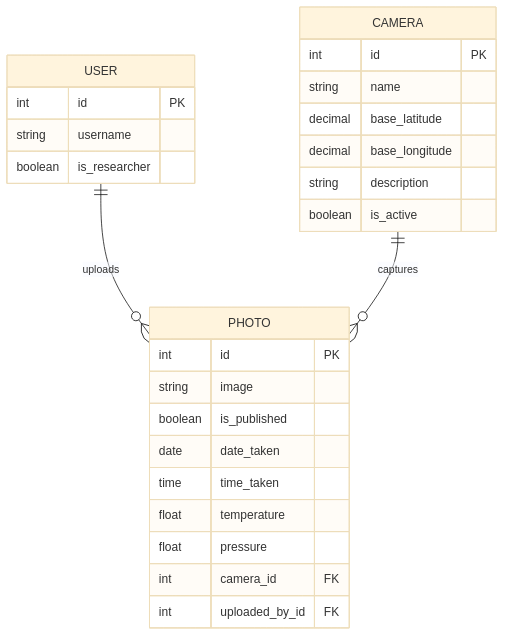
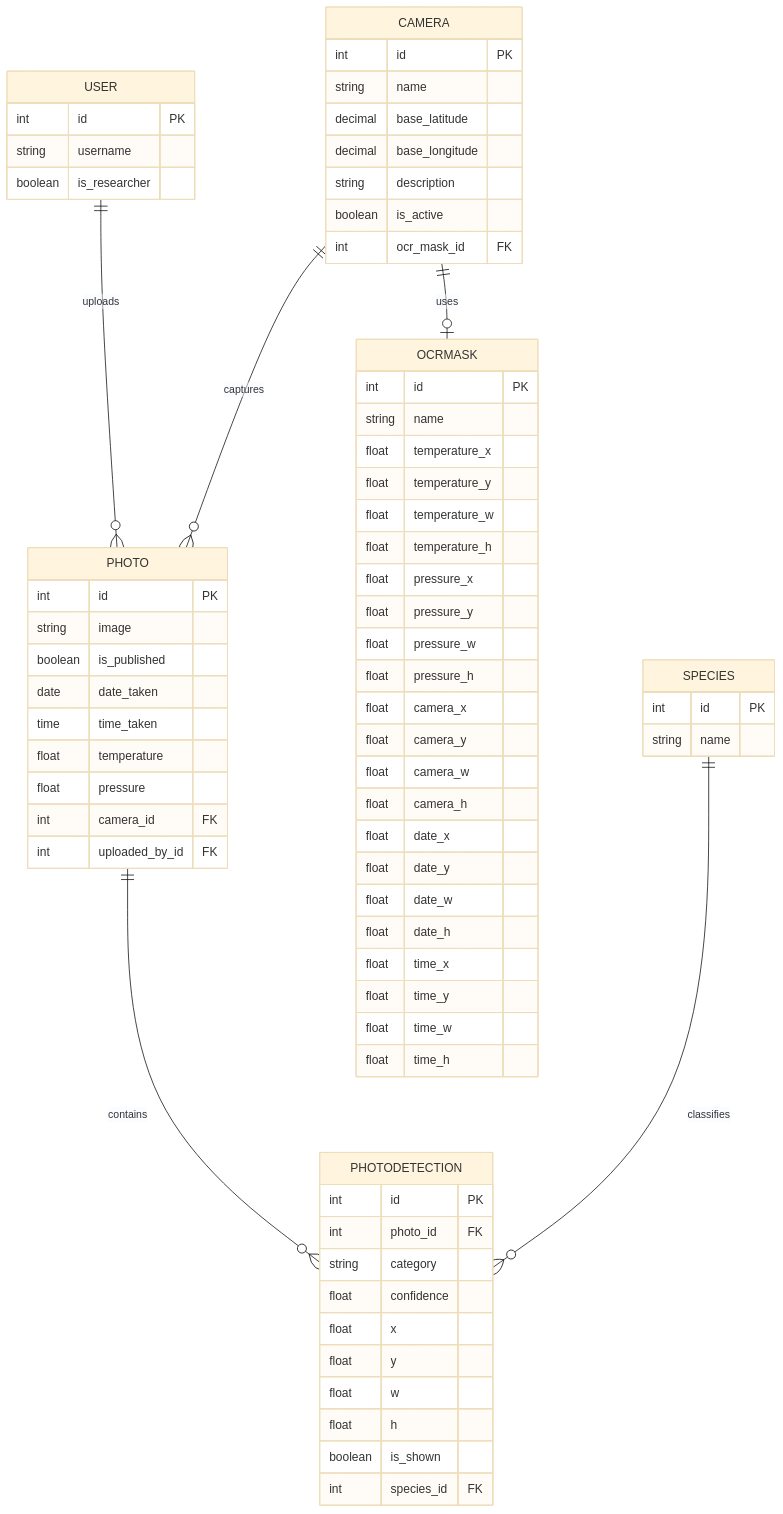
Before and after one commit to RyanEAA/django-trailcam-animal-tracker: the third of 3 diagrams in README.md, drawn with Mermaid (base theme). The commit also changed other lines of this file, not shown here.

````diff
--- a/README.md
+++ b/README.md
@@ -417,32 +447,79 @@
 ```mermaid
 erDiagram
   USER ||--o{ PHOTO : uploads
   CAMERA ||--o{ PHOTO : captures
+  CAMERA ||--o| OCRMASK : uses
+  PHOTO ||--o{ PHOTODETECTION : contains
+  SPECIES ||--o{ PHOTODETECTION : classifies
 
   USER {
     int id PK
     string username
     boolean is_researcher
   }
 
   CAMERA {
     int id PK
     string name
     decimal base_latitude
     decimal base_longitude
     string description
     boolean is_active
+    int ocr_mask_id FK
+  }
+
+  OCRMASK {
+    int id PK
+    string name
+    float temperature_x
+    float temperature_y
+    float temperature_w
+    float temperature_h
+    float pressure_x
+    float pressure_y
+    float pressure_w
+    float pressure_h
+    float camera_x
+    float camera_y
+    float camera_w
+    float camera_h
+    float date_x
+    float date_y
+    float date_w
+    float date_h
+    float time_x
+    float time_y
+    float time_w
+    float time_h
   }
 
   PHOTO {
     int id PK
     string image
     boolean is_published
     date date_taken
     time time_taken
     float temperature
     float pressure
     int camera_id FK
     int uploaded_by_id FK
   }
+
+  PHOTODETECTION {
+    int id PK
+    int photo_id FK
+    string category
+    float confidence
+    float x
+    float y
+    float w
+    float h
+    boolean is_shown
+    int species_id FK
+  }
+
+  SPECIES {
+    int id PK
+    string name
+  }
 ```
````
